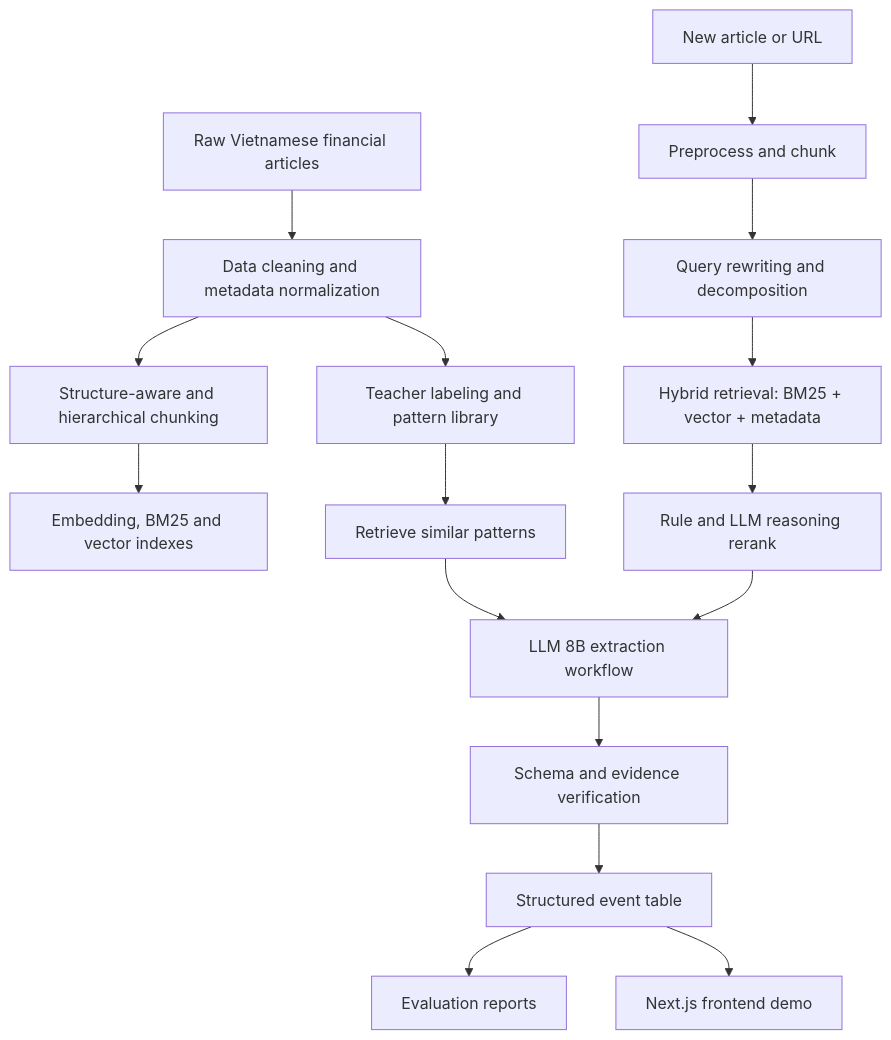
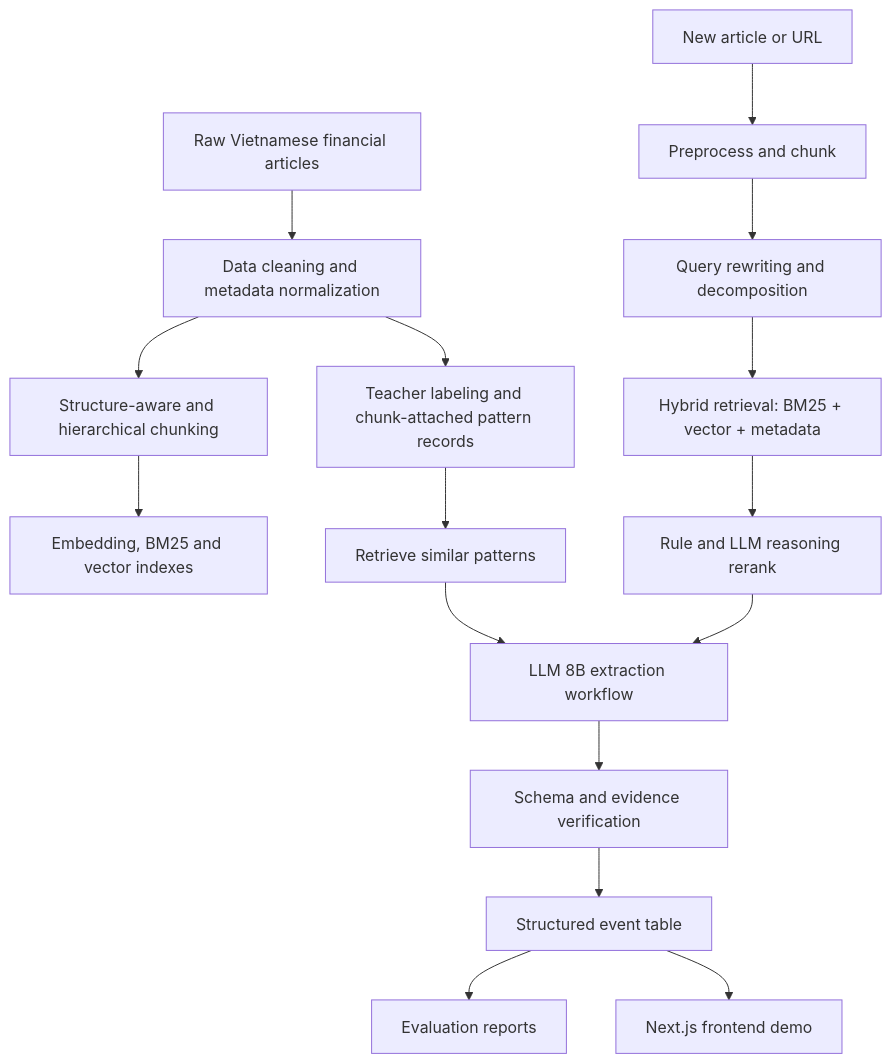
The diagram in docs/overview/project-overview.md (nghoanghien/FinEvent), drawn with Mermaid before and after one commit. The commit also changed 116 other files, not shown here.

````diff
--- a/docs/overview/project-overview.md
+++ b/docs/overview/project-overview.md
@@ -56,18 +56,18 @@
 ```mermaid
 flowchart TD
     A[Raw Vietnamese financial articles] --> B[Data cleaning and metadata normalization]
     B --> C[Structure-aware and hierarchical chunking]
     C --> D[Embedding, BM25 and vector indexes]
-    B --> P[Teacher labeling and pattern library]
+    B --> P[Teacher labeling and chunk-attached pattern records]
     E[New article or URL] --> F[Preprocess and chunk]
     F --> G[Query rewriting and decomposition]
     G --> H[Hybrid retrieval: BM25 + vector + metadata]
     H --> I[Rule and LLM reasoning rerank]
     P --> J[Retrieve similar patterns]
     I --> K[LLM 8B extraction workflow]
     J --> K
     K --> L[Schema and evidence verification]
     L --> M[Structured event table]
     M --> N[Evaluation reports]
     M --> O[Next.js frontend demo]
 ```
````
